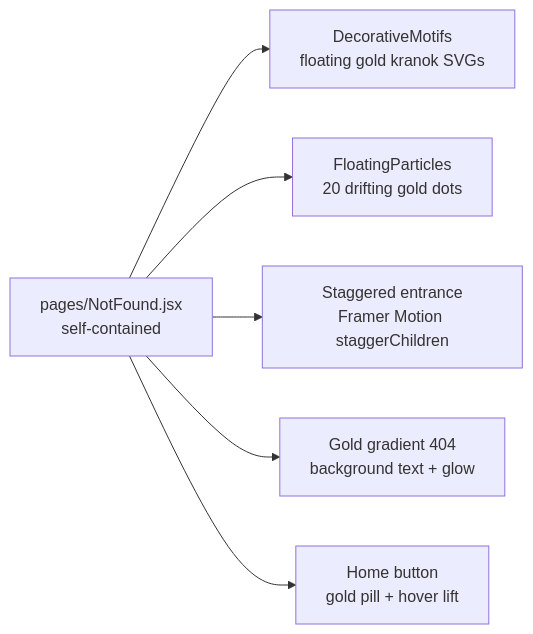
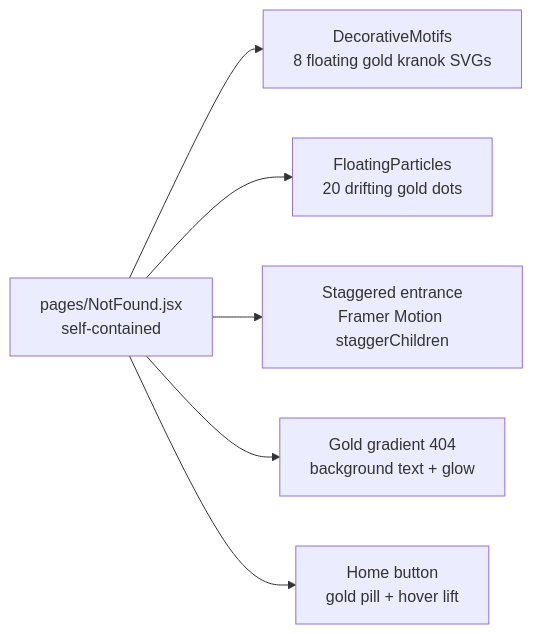
Before and after one commit to SolightzZ/assignment-udonexpo2026: the ninth of 9 diagrams in FLOW.md, drawn with Mermaid. The commit also changed other lines of this file and 39 other files, not shown here.

````diff
--- a/FLOW.md
+++ b/FLOW.md
@@ -101,8 +106,8 @@
 ```mermaid
 flowchart LR
-    BO["pages/NotFound.jsx<br/>self-contained"] --> BP["DecorativeMotifs<br/>floating gold kranok SVGs"]
-    BO --> BQ["FloatingParticles<br/>20 drifting gold dots"]
-    BO --> BR["Staggered entrance<br/>Framer Motion staggerChildren"]
-    BO --> BS["Gold gradient 404<br/>background text + glow"]
-    BO --> BT["Home button<br/>gold pill + hover lift"]
+    BY["pages/NotFound.jsx<br/>self-contained"] --> BZ["DecorativeMotifs<br/>8 floating gold kranok SVGs"]
+    BY --> CA["FloatingParticles<br/>20 drifting gold dots"]
+    BY --> CB["Staggered entrance<br/>Framer Motion staggerChildren"]
+    BY --> CC["Gold gradient 404<br/>background text + glow"]
+    BY --> CD["Home button<br/>gold pill + hover lift"]
 ```
````
